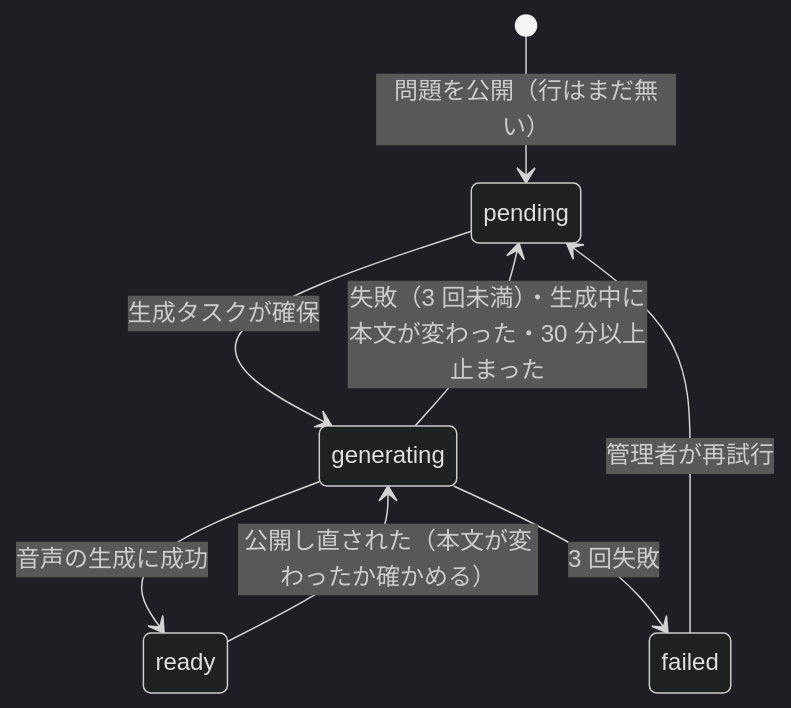
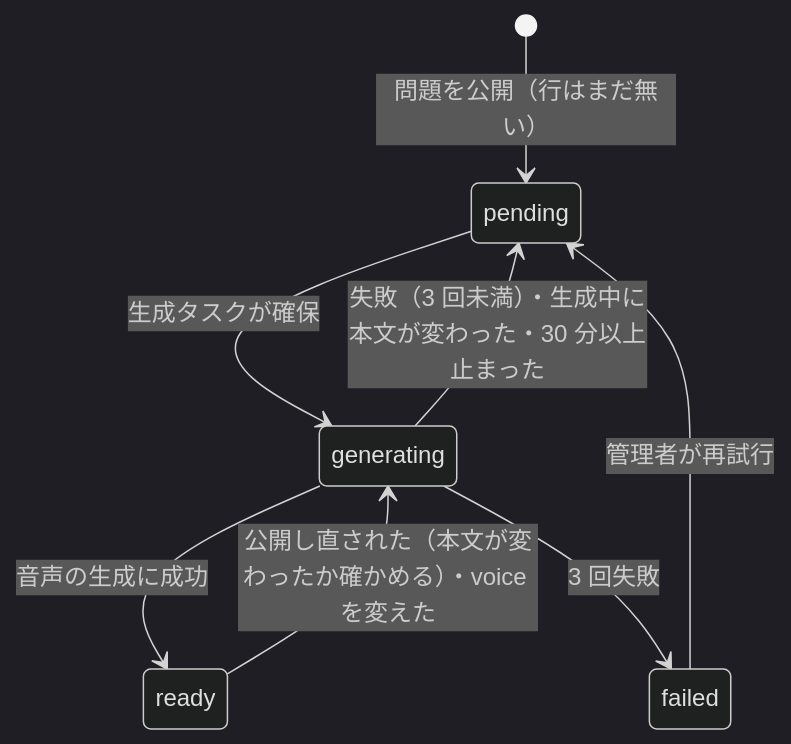
Before and after one commit to kentakki416/tech-english: the first of 3 diagrams in docs/spec/read-aloud/README.md, drawn with Mermaid (dark theme). The commit also changed other lines of this file and 38 other files, not shown here.

````diff
--- a/docs/spec/read-aloud/README.md
+++ b/docs/spec/read-aloud/README.md
@@ -118,10 +118,10 @@
 ```mermaid
 stateDiagram-v2
     [*] --> pending: 問題を公開（行はまだ無い）
     pending --> generating: 生成タスクが確保
     generating --> ready: 音声の生成に成功
     generating --> pending: 失敗（3 回未満）・生成中に本文が変わった・30 分以上止まった
     generating --> failed: 3 回失敗
     failed --> pending: 管理者が再試行
-    ready --> generating: 公開し直された（本文が変わったか確かめる）
+    ready --> generating: 公開し直された（本文が変わったか確かめる）・voice を変えた
 ```
````
